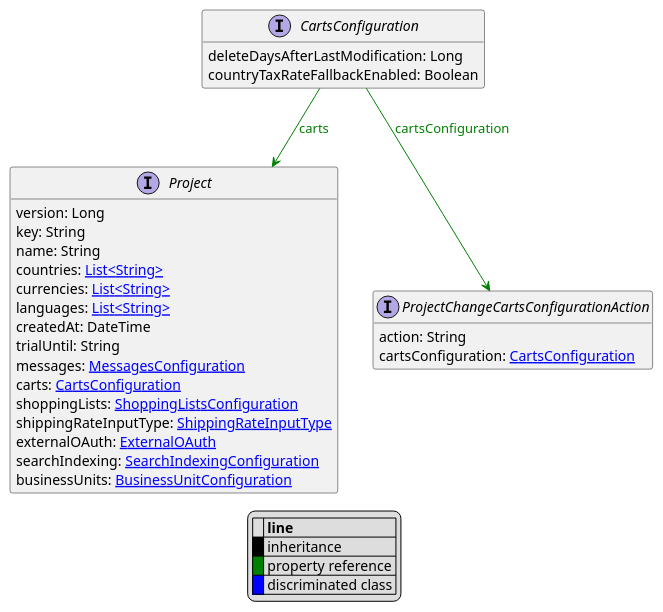
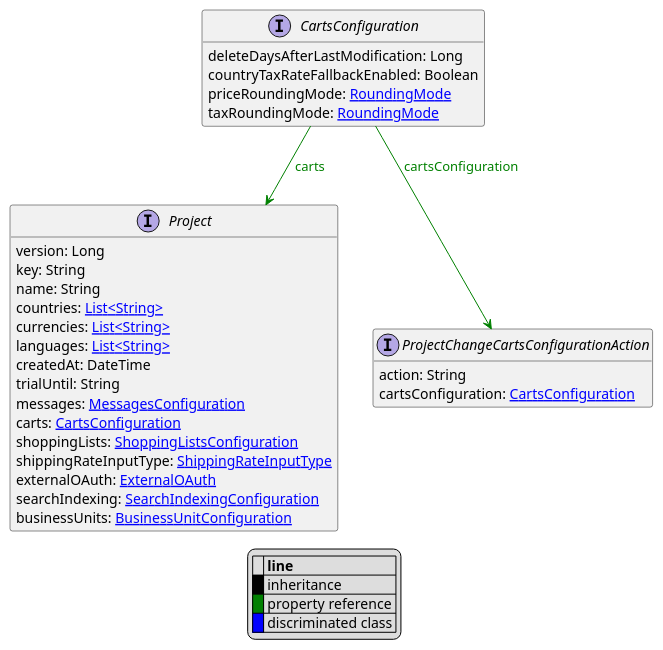
Before and after one commit to commercetools/commercetools-api-reference: the diagram in uml/api/CartsConfiguration.puml, drawn with PlantUML. The commit also changed 319 other files, not shown here.

```diff
--- a/uml/api/CartsConfiguration.puml
+++ b/uml/api/CartsConfiguration.puml
@@ -1,42 +1,44 @@
 @startuml
 
 hide empty fields
 hide empty methods
 legend
 |= |= line |
 |<back:black>   </back>| inheritance |
 |<back:green>   </back>| property reference |
 |<back:blue>   </back>| discriminated class |
 endlegend
 interface CartsConfiguration [[CartsConfiguration.svg]]  {
     deleteDaysAfterLastModification: Long
     countryTaxRateFallbackEnabled: Boolean
+    priceRoundingMode: [[RoundingMode.svg RoundingMode]]
+    taxRoundingMode: [[RoundingMode.svg RoundingMode]]
 }
 
 
 
 interface Project [[Project.svg]]  {
     version: Long
     key: String
     name: String
     countries: [[String.svg List<String>]]
     currencies: [[String.svg List<String>]]
     languages: [[String.svg List<String>]]
     createdAt: DateTime
     trialUntil: String
     messages: [[MessagesConfiguration.svg MessagesConfiguration]]
     carts: [[CartsConfiguration.svg CartsConfiguration]]
     shoppingLists: [[ShoppingListsConfiguration.svg ShoppingListsConfiguration]]
     shippingRateInputType: [[ShippingRateInputType.svg ShippingRateInputType]]
     externalOAuth: [[ExternalOAuth.svg ExternalOAuth]]
     searchIndexing: [[SearchIndexingConfiguration.svg SearchIndexingConfiguration]]
     businessUnits: [[BusinessUnitConfiguration.svg BusinessUnitConfiguration]]
 }
 interface ProjectChangeCartsConfigurationAction [[ProjectChangeCartsConfigurationAction.svg]]  {
     action: String
     cartsConfiguration: [[CartsConfiguration.svg CartsConfiguration]]
 }
 
 CartsConfiguration --> Project #green;text:green : "carts"
 CartsConfiguration --> ProjectChangeCartsConfigurationAction #green;text:green : "cartsConfiguration"
 @enduml
```
